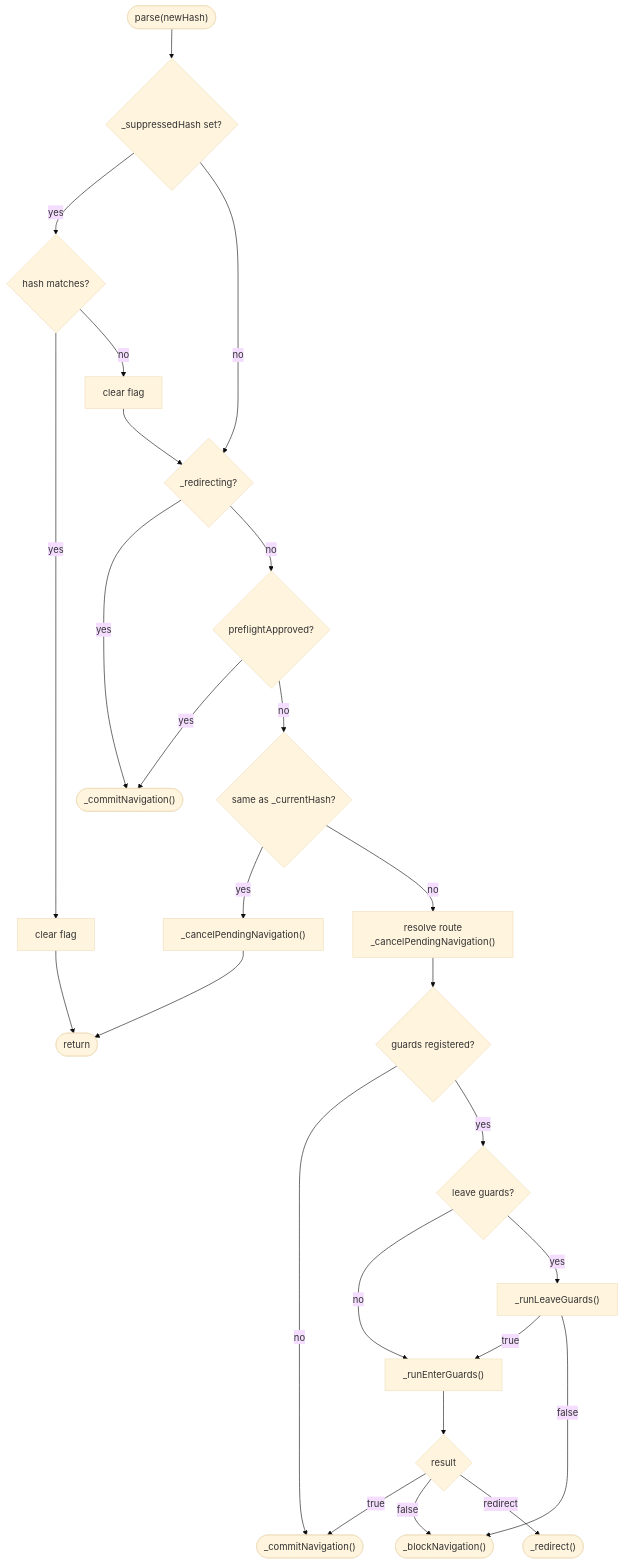
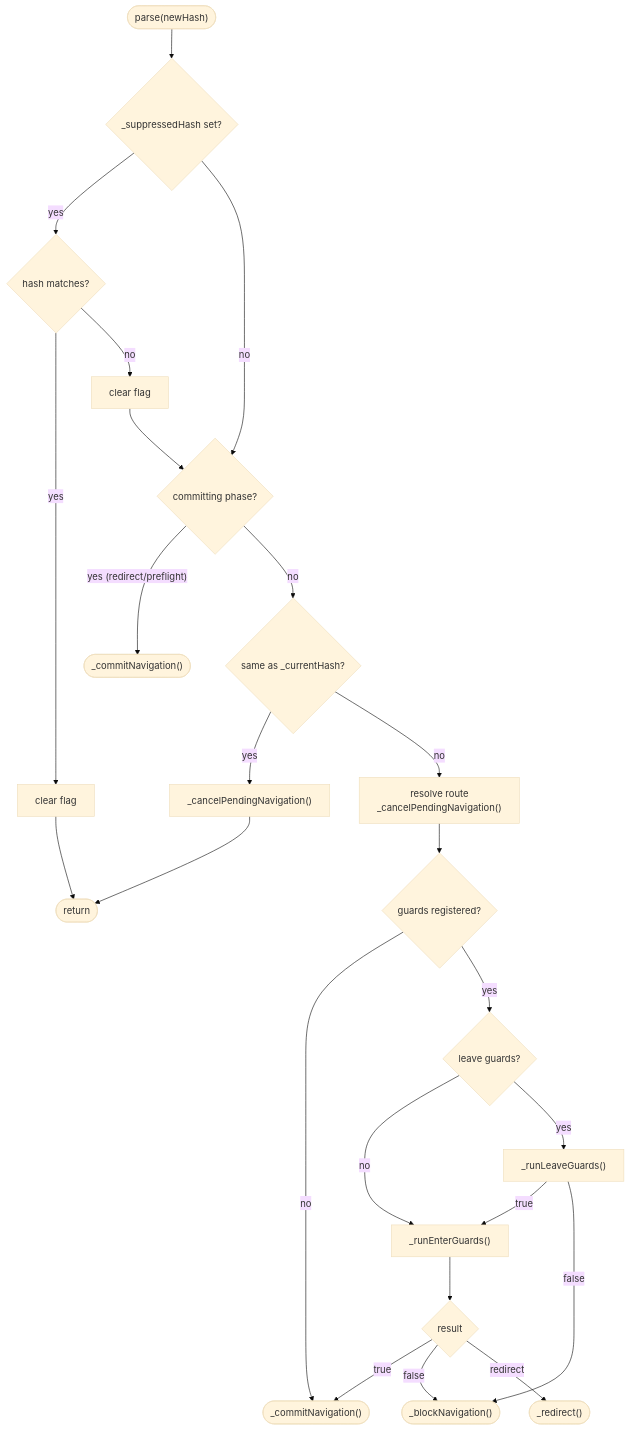
The first of 4 diagrams in docs/reference/architecture.md (wridgeu/ui5-lib-guard-router), drawn with Mermaid (base theme) before and after one commit. The commit also changed other lines of this file and 8 other files, not shown here.

````diff
--- a/docs/reference/architecture.md
+++ b/docs/reference/architecture.md
@@ -163,29 +163,27 @@
 ```mermaid
 flowchart TD
     start(["parse(newHash)"]) --> suppress{_suppressedHash set?}
     suppress -- "yes" --> smatch{hash matches?}
     smatch -- "yes" --> sclear["clear flag"] --> ret(["return"])
     smatch -- "no" --> sclear2["clear flag"] --> redir
-    suppress -- "no" --> redir{_redirecting?}
-    redir -- "yes" --> bypass(["_commitNavigation()"])
-    redir -- "no" --> preflight{preflightApproved?}
-    preflight -- "yes" --> bypass
-    preflight -- "no" --> samehash{same as _currentHash?}
+    suppress -- "no" --> redir{committing phase?}
+    redir -- "yes (redirect/preflight)" --> bypass(["_commitNavigation()"])
+    redir -- "no" --> samehash{same as _currentHash?}
     samehash -- "yes" --> canceldup["_cancelPendingNavigation()"] --> ret
     samehash -- "no" --> setup["resolve route<br/>_cancelPendingNavigation()"]
 
     setup --> guards{guards registered?}
     guards -- "no" --> commit(["_commitNavigation()"])
     guards -- "yes" --> leave
 
     leave{leave guards?}
     leave -- "no" --> enter
     leave -- "yes" --> runleave["_runLeaveGuards()"]
     runleave -- "true" --> enter["_runEnterGuards()"]
     runleave -- "false" --> block
 
     enter --> result{result}
     result -- "true" --> commit
     result -- "false" --> block(["_blockNavigation()"])
     result -- "redirect" --> redirect(["_redirect()"])
 ```
````
